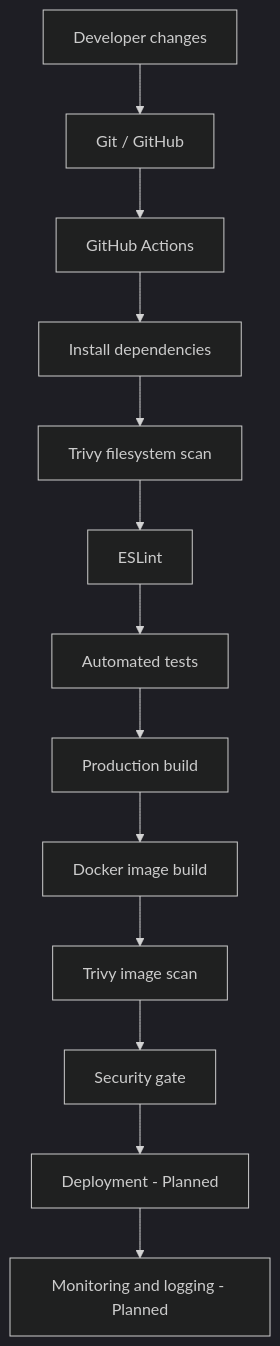
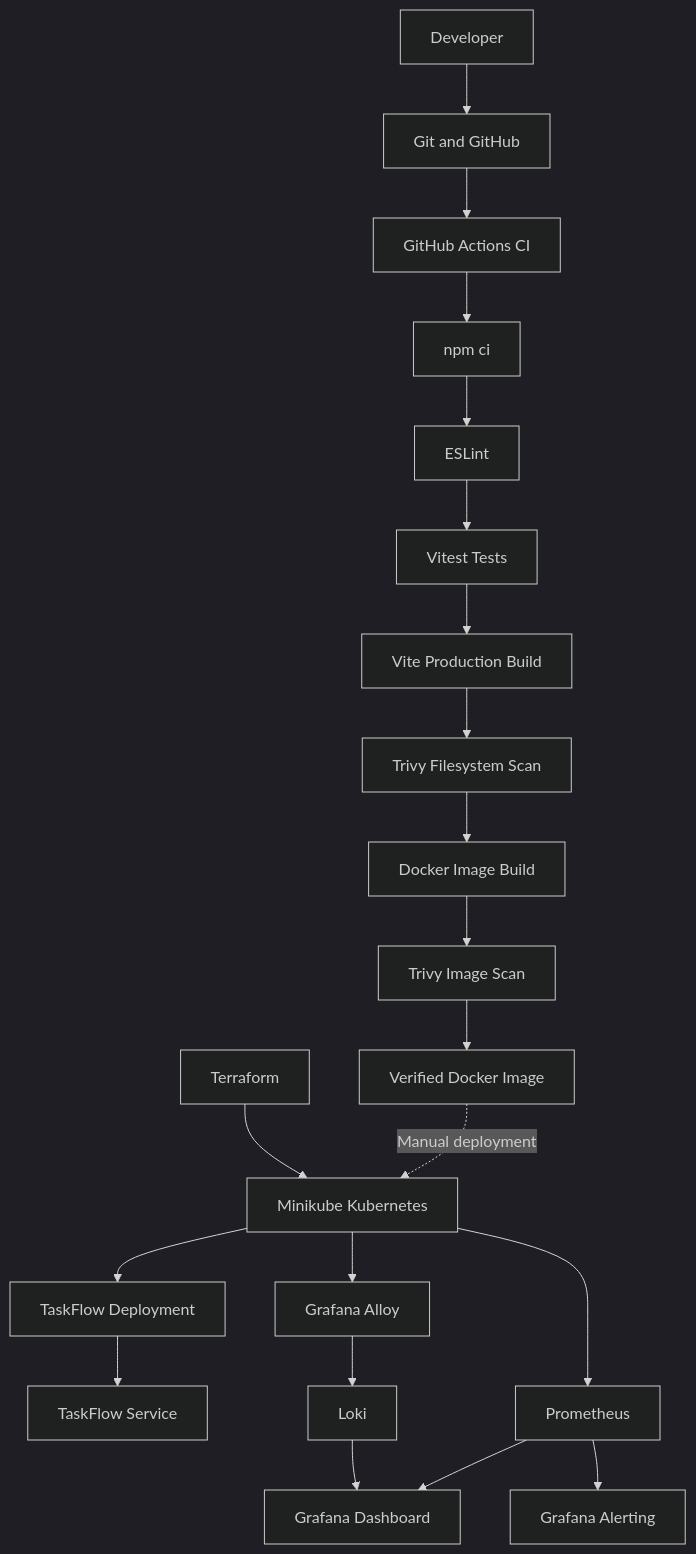
One commit to manuelsanjosebelda/task-3-devops-in-action-pipeline changed the diagram in README.md. Above: the diagram before and after it, drawn with Mermaid (dark theme). The commit also changed other lines of this file, not shown here.

````diff
--- a/README.md
+++ b/README.md
@@ -42,15 +32,28 @@
 ```mermaid
 flowchart TD
-    A["Developer changes"] --> B["Git / GitHub"]
-    B --> C["GitHub Actions"]
-    C --> D["Install dependencies"]
-    D --> E["Trivy filesystem scan"]
-    E --> F["ESLint"]
-    F --> G["Automated tests"]
-    G --> H["Production build"]
-    H --> I["Docker image build"]
-    I --> J["Trivy image scan"]
-    J --> K["Security gate"]
-    K --> L["Deployment - Planned"]
-    L --> M["Monitoring and logging - Planned"]
+    A[Developer] --> B[Git and GitHub]
+    B --> C[GitHub Actions CI]
+
+    C --> D[npm ci]
+    D --> E[ESLint]
+    E --> F[Vitest Tests]
+    F --> G[Vite Production Build]
+    G --> H[Trivy Filesystem Scan]
+    H --> I[Docker Image Build]
+    I --> J[Trivy Image Scan]
+
+    J --> K[Verified Docker Image]
+    K -. Manual deployment .-> L[Minikube Kubernetes]
+
+    M[Terraform] --> L
+    L --> N[TaskFlow Deployment]
+    N --> O[TaskFlow Service]
+
+    L --> P[Prometheus]
+    P --> Q[Grafana Dashboard]
+    P --> R[Grafana Alerting]
+
+    L --> S[Grafana Alloy]
+    S --> T[Loki]
+    T --> Q
 ```
````
